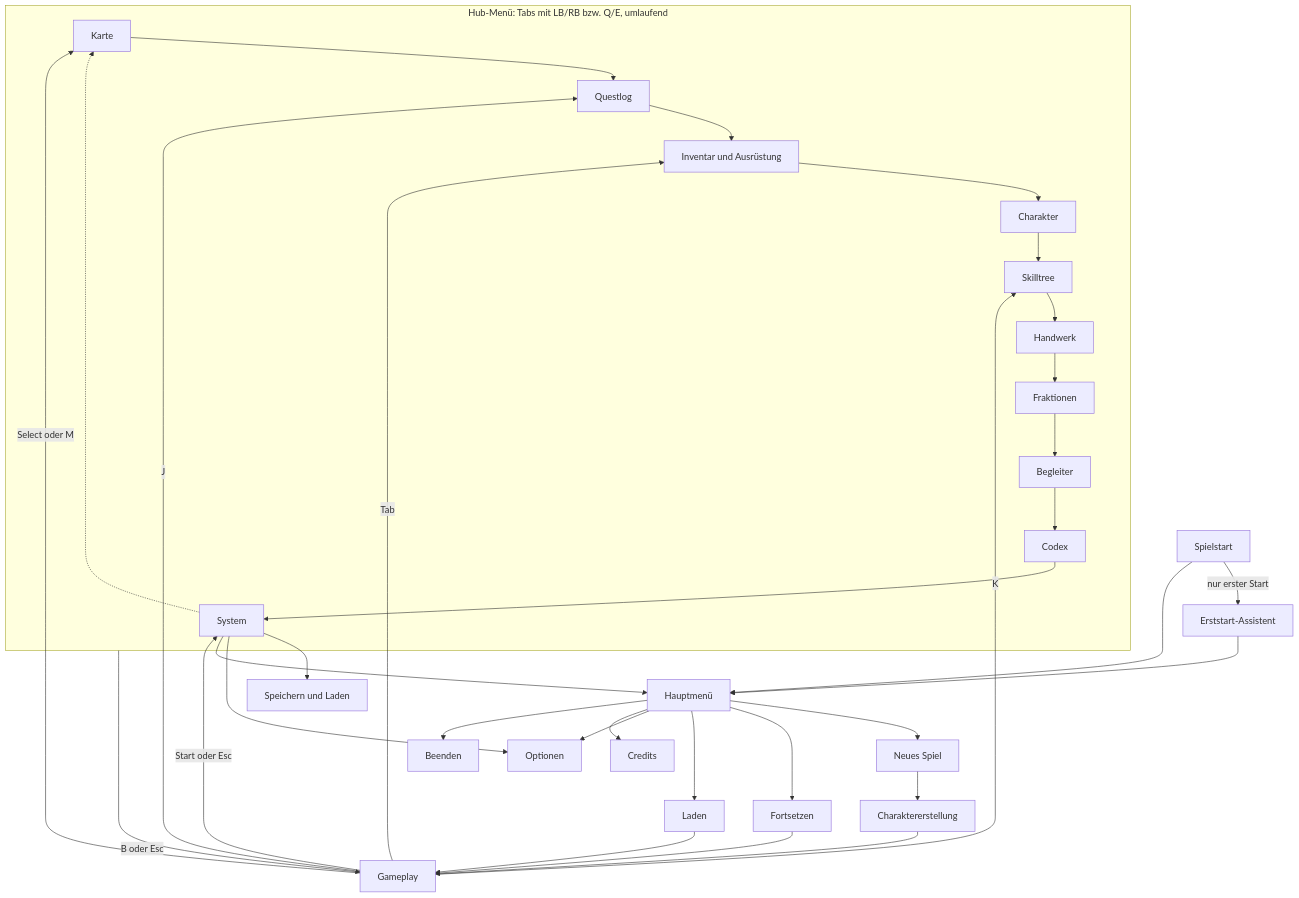
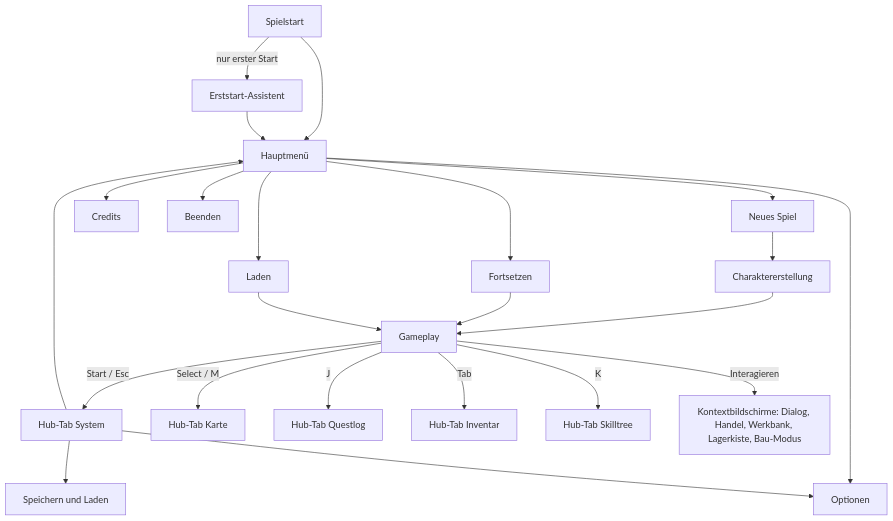
One commit to porcherliam-glitch/liam changed the first of 4 diagrams in docs/GDD/05_UI_Audio_Grafik_Barrierefreiheit.md. Above: the diagram before and after it, drawn with Mermaid. The commit also changed other lines of this file and 5 other files, not shown here.

````diff
--- a/docs/GDD/05_UI_Audio_Grafik_Barrierefreiheit.md
+++ b/docs/GDD/05_UI_Audio_Grafik_Barrierefreiheit.md
@@ -81,30 +103,25 @@
 ```mermaid
 flowchart TD
-  subgraph HUB["Hub-Menü: Tabs mit LB/RB bzw. Q/E, umlaufend"]
-    T1["Karte"] --> T2["Questlog"] --> T3["Inventar und Ausrüstung"] --> T4["Charakter"] --> T5["Skilltree"]
-    T5 --> T6["Handwerk"] --> T7["Fraktionen"] --> T8["Begleiter"] --> T9["Codex"] --> T10["System"]
-    T10 -.-> T1
-  end
-  BOOT["Spielstart"] -->|nur erster Start| EA["Erststart-Assistent"]
-  EA --> HM["Hauptmenü"]
-  BOOT --> HM
+  BOOT["Spielstart"] -->|"nur erster Start"| EA["Erststart-Assistent"]
+  BOOT --> HM["Hauptmenü"]
+  EA --> HM
   HM --> NS["Neues Spiel"]
   NS --> CC["Charaktererstellung"]
   CC --> GP["Gameplay"]
   HM --> FS["Fortsetzen"]
   FS --> GP
   HM --> LD["Laden"]
   LD --> GP
   HM --> OP["Optionen"]
   HM --> CR["Credits"]
   HM --> EX["Beenden"]
-  GP -->|Start oder Esc| T10
-  GP -->|Select oder M| T1
-  GP -->|J| T2
-  GP -->|Tab| T3
-  GP -->|K| T5
-  T10 --> SL["Speichern und Laden"]
-  T10 --> OP
-  T10 --> HM
-  HUB -->|B oder Esc| GP
+  GP -->|"Start / Esc"| SYS["Hub-Tab System"]
+  GP -->|"Select / M"| MAP["Hub-Tab Karte"]
+  GP -->|"J"| QL["Hub-Tab Questlog"]
+  GP -->|"Tab"| INV["Hub-Tab Inventar"]
+  GP -->|"K"| SK["Hub-Tab Skilltree"]
+  GP -->|"Interagieren"| CTX["Kontextbildschirme: Dialog, Handel, Werkbank, Lagerkiste, Bau-Modus"]
+  SYS --> SL["Speichern und Laden"]
+  SYS --> OP
+  SYS --> HM
 ```
````
